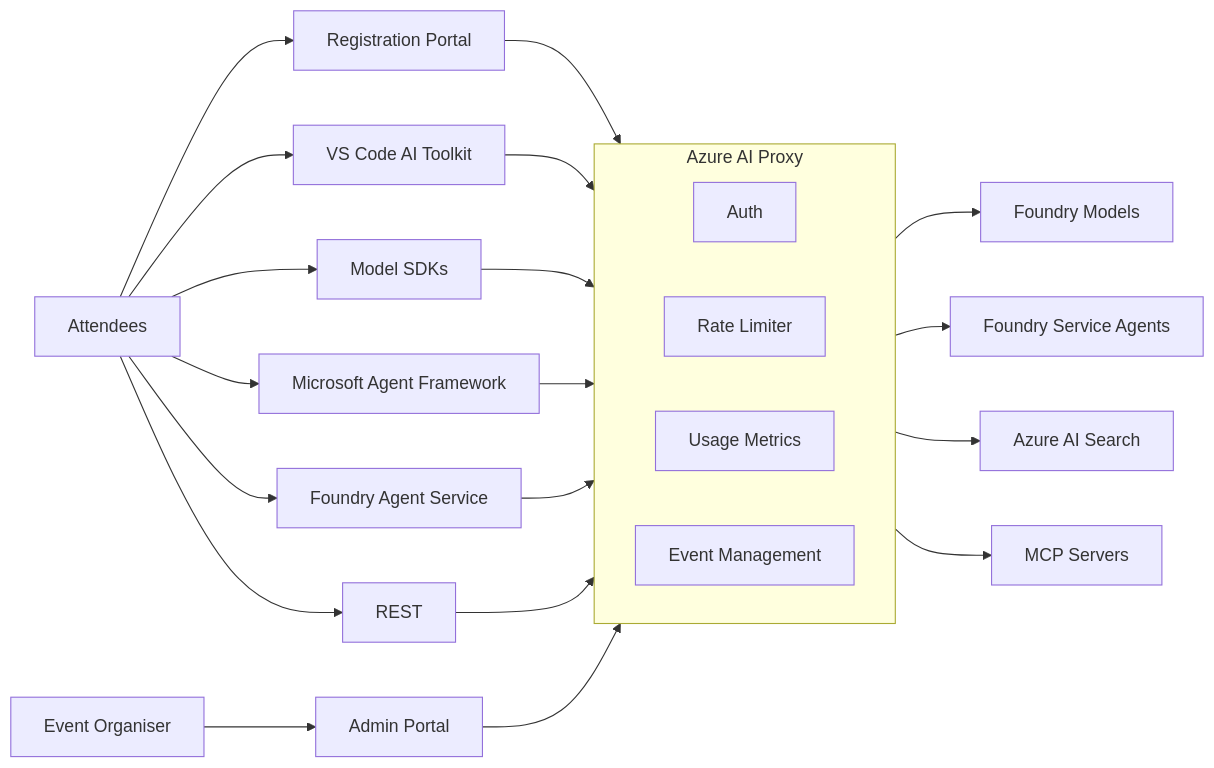
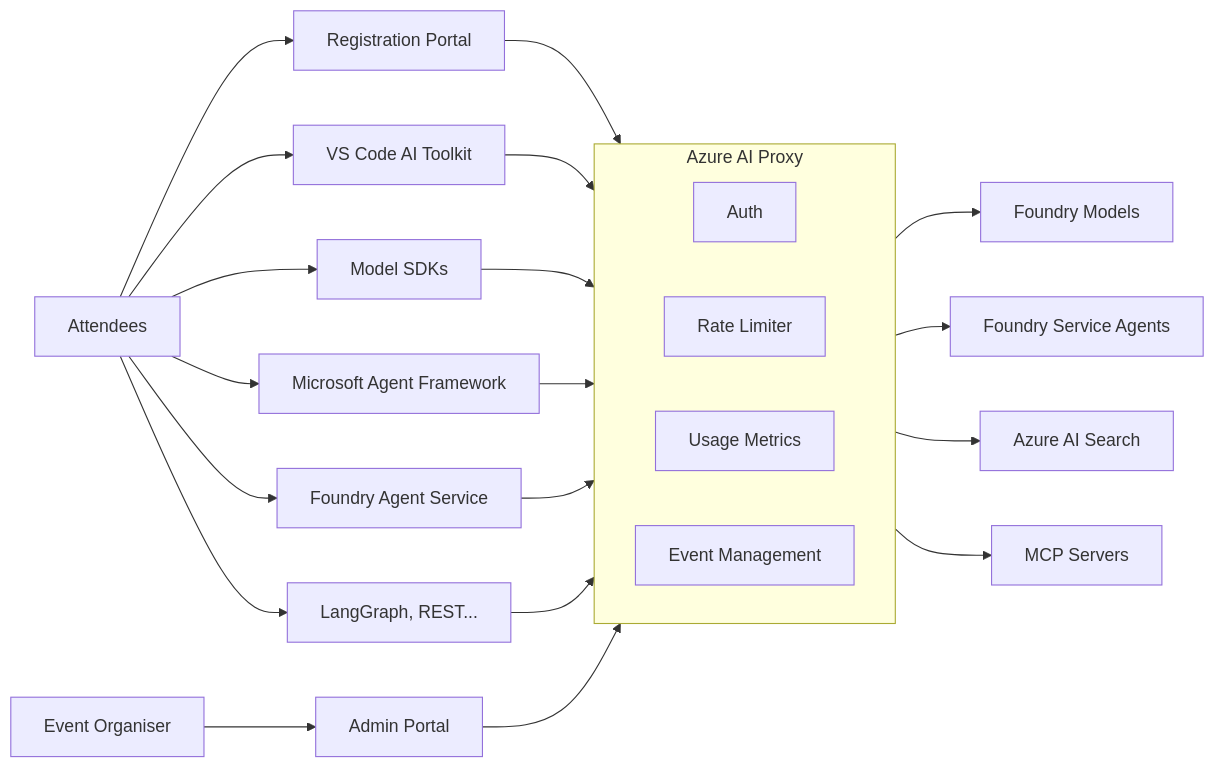
The diagram in docs/docs/index.md (gloveboxes/azure-ai-proxy-lite), drawn with Mermaid before and after one commit.

````diff
--- a/docs/docs/index.md
+++ b/docs/docs/index.md
@@ -11,32 +11,32 @@
 ```mermaid
 graph LR
     Attendees --> Reg[Registration Portal]
     Attendees --> T1[VS Code AI Toolkit]
     Attendees --> T2[Model SDKs]
     Attendees --> T3[Microsoft Agent Framework]
     Attendees --> T4[Foundry Agent Service]
-    Attendees --> T5[REST]
+    Attendees --> T5[LangGraph, REST...]
 
     Organiser[Event Organiser] --> Admin[Admin Portal]
 
     Reg --> Azure_AI_Proxy
     T1 --> Azure_AI_Proxy
     T2 --> Azure_AI_Proxy
     T3 --> Azure_AI_Proxy
     T4 --> Azure_AI_Proxy
     T5 --> Azure_AI_Proxy
     Admin --> Azure_AI_Proxy
 
     subgraph Azure_AI_Proxy[Azure AI Proxy]
         direction LR
         P1[Auth]
         P2[Rate Limiter]
         P3[Usage Metrics]
         P4[Event Management]
     end
 
     Azure_AI_Proxy --> A1[Foundry Models]
     Azure_AI_Proxy --> A2[Foundry Service Agents]
     Azure_AI_Proxy --> A3[Azure AI Search]
     Azure_AI_Proxy --> A4[MCP Servers]
 ```
````
